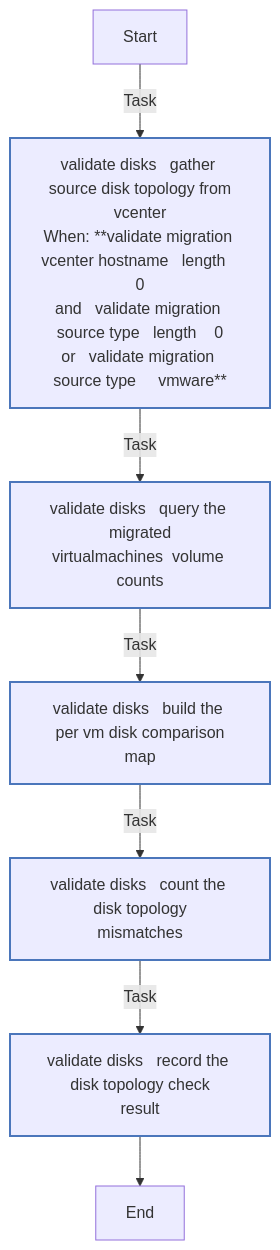
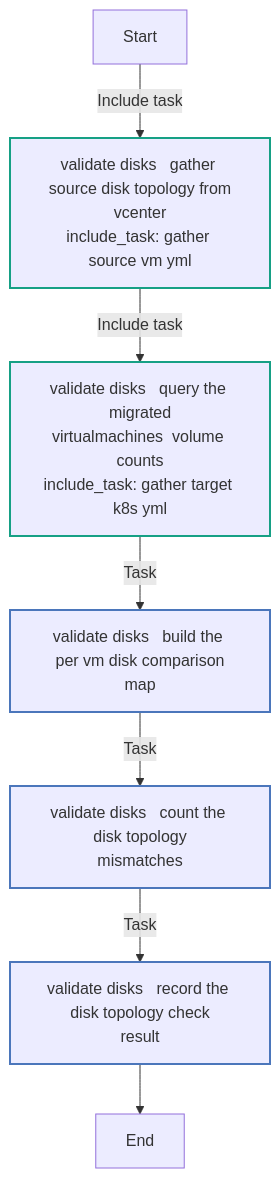
The ninth of 13 diagrams in roles/validate_migration/README.md (redhat-cop/openshift_virtualization_migration), drawn with Mermaid before and after one commit. The commit also changed other lines of this file and 10 other files, not shown here.

````diff
--- a/roles/validate_migration/README.md
+++ b/roles/validate_migration/README.md
@@ -470,19 +518,19 @@
 ```mermaid
 flowchart TD
 Start
 classDef block stroke:#3498db,stroke-width:2px;
 classDef task stroke:#4b76bb,stroke-width:2px;
 classDef includeTasks stroke:#16a085,stroke-width:2px;
 classDef importTasks stroke:#34495e,stroke-width:2px;
 classDef includeRole stroke:#2980b9,stroke-width:2px;
 classDef importRole stroke:#699ba7,stroke-width:2px;
 classDef includeVars stroke:#8e44ad,stroke-width:2px;
 classDef rescue stroke:#665352,stroke-width:2px;
 
-  Start-->|Task| validate_disks___Gather_source_disk_topology_from_vCenter0[validate disks   gather source disk topology from<br>vcenter<br>When: **validate migration vcenter hostname   length   0<br>and   validate migration source type   length    0<br>or   validate migration source type     vmware**]:::task
-  validate_disks___Gather_source_disk_topology_from_vCenter0-->|Task| validate_disks___Query_the_migrated_VirtualMachines__volume_counts1[validate disks   query the migrated<br>virtualmachines  volume counts]:::task
-  validate_disks___Query_the_migrated_VirtualMachines__volume_counts1-->|Task| validate_disks___Build_the_per_VM_disk_comparison_map2[validate disks   build the per vm disk comparison<br>map]:::task
+  Start-->|Include task| validate_disks___Gather_source_disk_topology_from_vCenter_gather_source_vm_yml_0[validate disks   gather source disk topology from<br>vcenter<br>include_task: gather source vm yml]:::includeTasks
+  validate_disks___Gather_source_disk_topology_from_vCenter_gather_source_vm_yml_0-->|Include task| validate_disks___Query_the_migrated_VirtualMachines__volume_counts_gather_target_k8s_yml_1[validate disks   query the migrated<br>virtualmachines  volume counts<br>include_task: gather target k8s yml]:::includeTasks
+  validate_disks___Query_the_migrated_VirtualMachines__volume_counts_gather_target_k8s_yml_1-->|Task| validate_disks___Build_the_per_VM_disk_comparison_map2[validate disks   build the per vm disk comparison<br>map]:::task
   validate_disks___Build_the_per_VM_disk_comparison_map2-->|Task| validate_disks___Count_the_disk_topology_mismatches3[validate disks   count the disk topology<br>mismatches]:::task
   validate_disks___Count_the_disk_topology_mismatches3-->|Task| validate_disks___Record_the_disk_topology_check_result4[validate disks   record the disk topology check<br>result]:::task
   validate_disks___Record_the_disk_topology_check_result4-->End
 ```
````
